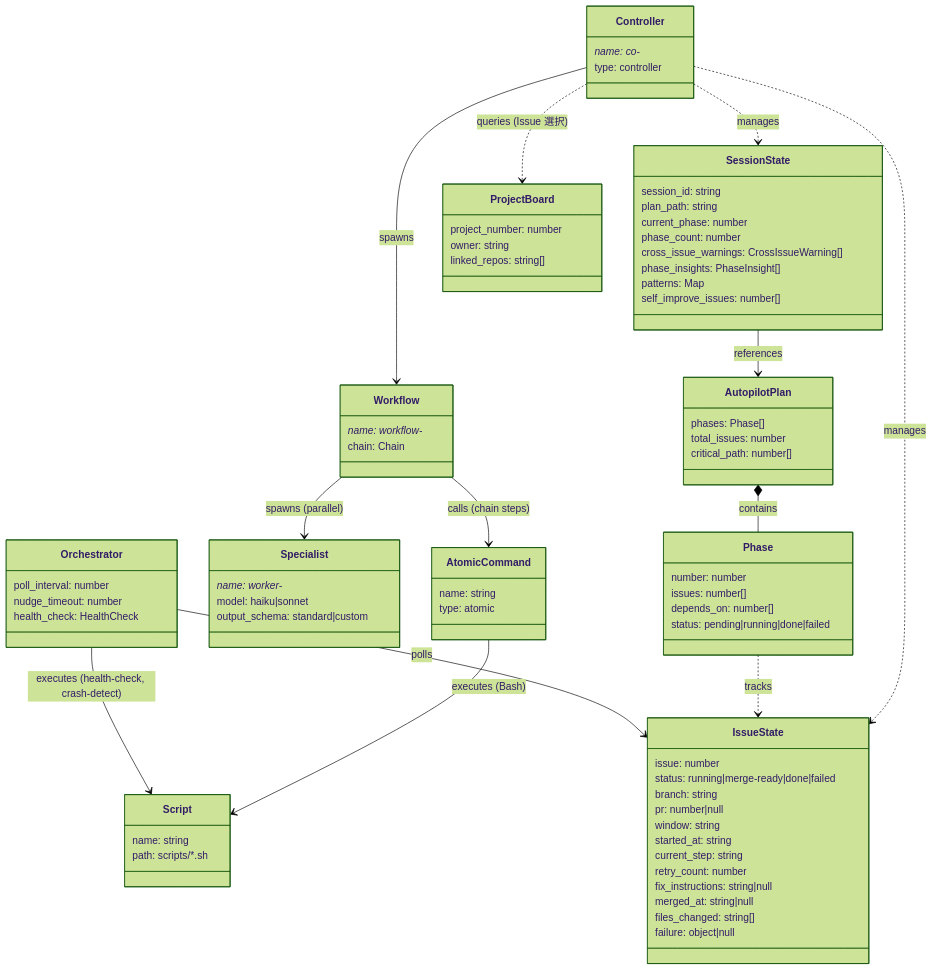
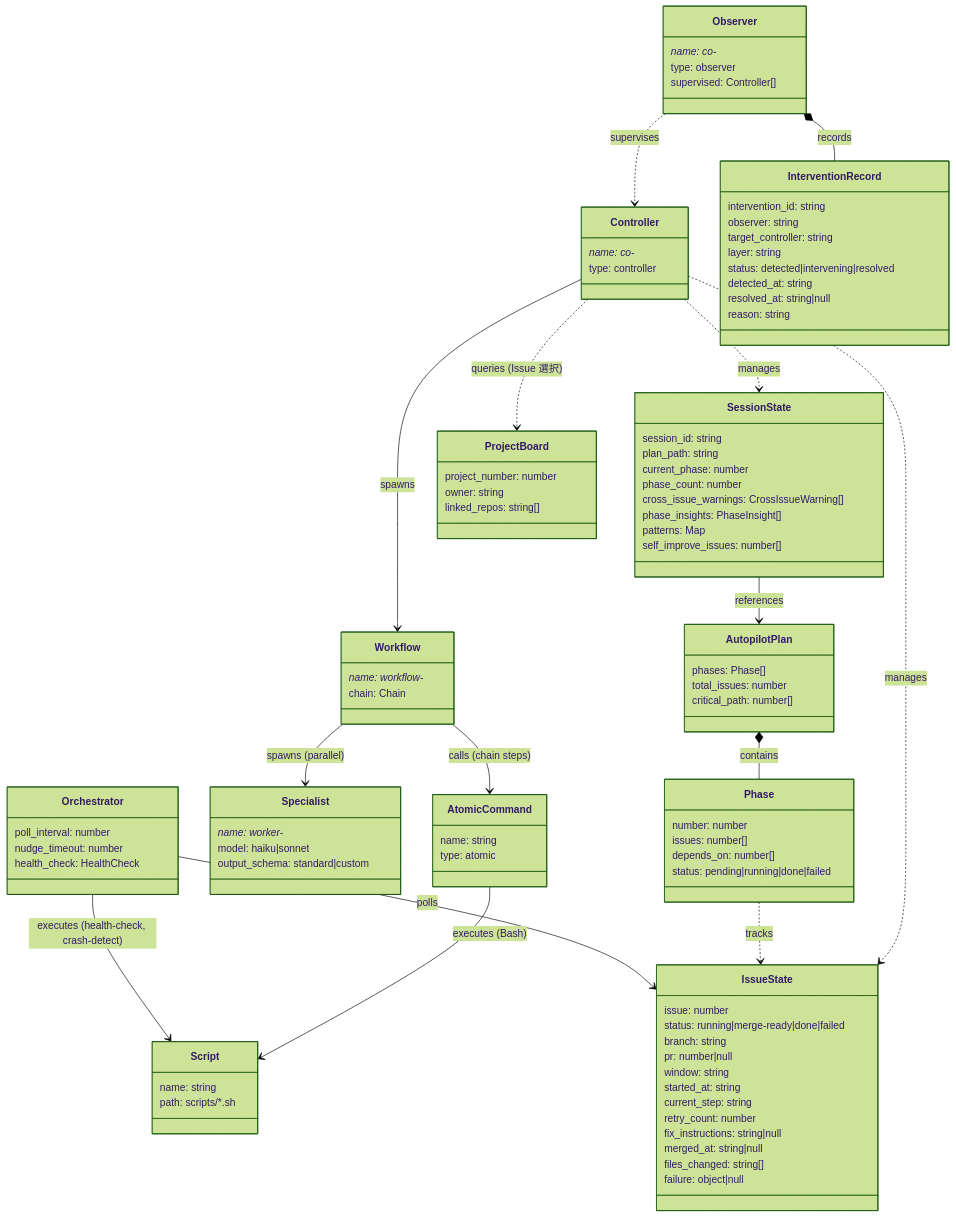
Before and after one commit to shuu5/twill: the first of 6 diagrams in plugins/twl/architecture/domain/model.md, drawn with Mermaid (forest theme). The commit also changed other lines of this file, not shown here.

First line of the commit message:
docs(model): Observer entity と supervises 関係を model.md に追加

````diff
--- a/plugins/twl/architecture/domain/model.md
+++ b/plugins/twl/architecture/domain/model.md
@@ -70,6 +70,21 @@
         nudge_timeout: number
         health_check: HealthCheck
     }
+    class Observer {
+        name: co-*
+        type: observer
+        supervised: Controller[]
+    }
+    class InterventionRecord {
+        intervention_id: string
+        observer: string
+        target_controller: string
+        layer: string
+        status: detected|intervening|resolved
+        detected_at: string
+        resolved_at: string|null
+        reason: string
+    }
     Controller --> Workflow : spawns
     Workflow --> AtomicCommand : calls (chain steps)
     Workflow --> Specialist : spawns (parallel)
@@ -82,4 +97,6 @@
     Controller ..> ProjectBoard : queries (Issue 選択)
     Orchestrator --> IssueState : polls
     Orchestrator --> Script : executes (health-check, crash-detect)
+    Observer ..> Controller : supervises
+    Observer *-- InterventionRecord : records
 ```
````
